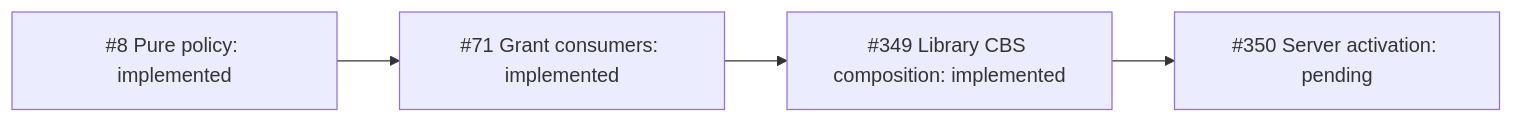
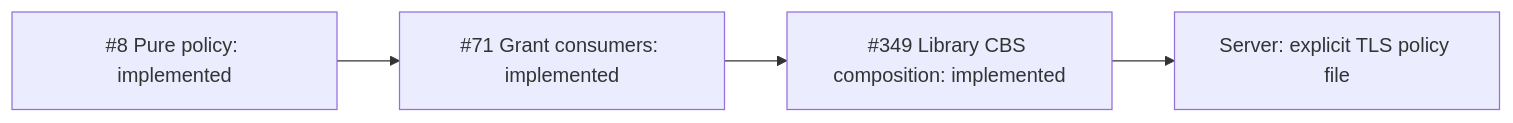
The diagram in docs/offline-jwt.md (DeandreT/switchyard), drawn with Mermaid before and after one commit. The commit also changed other lines of this file and 13 other files, not shown here.

Commit message:
feat(server): activate offline JWT CBS through trusted TLS (#369)

````diff
--- a/docs/offline-jwt.md
+++ b/docs/offline-jwt.md
@@ -7,6 +7,6 @@
 ```mermaid
 flowchart LR
     Policy["#8 Pure policy: implemented"] --> Consumers["#71 Grant consumers: implemented"]
     Consumers --> Composition["#349 Library CBS composition: implemented"]
-    Composition --> Activation["#350 Server activation: pending"]
+    Composition --> Activation["Server: explicit TLS policy file"]
 ```
````
